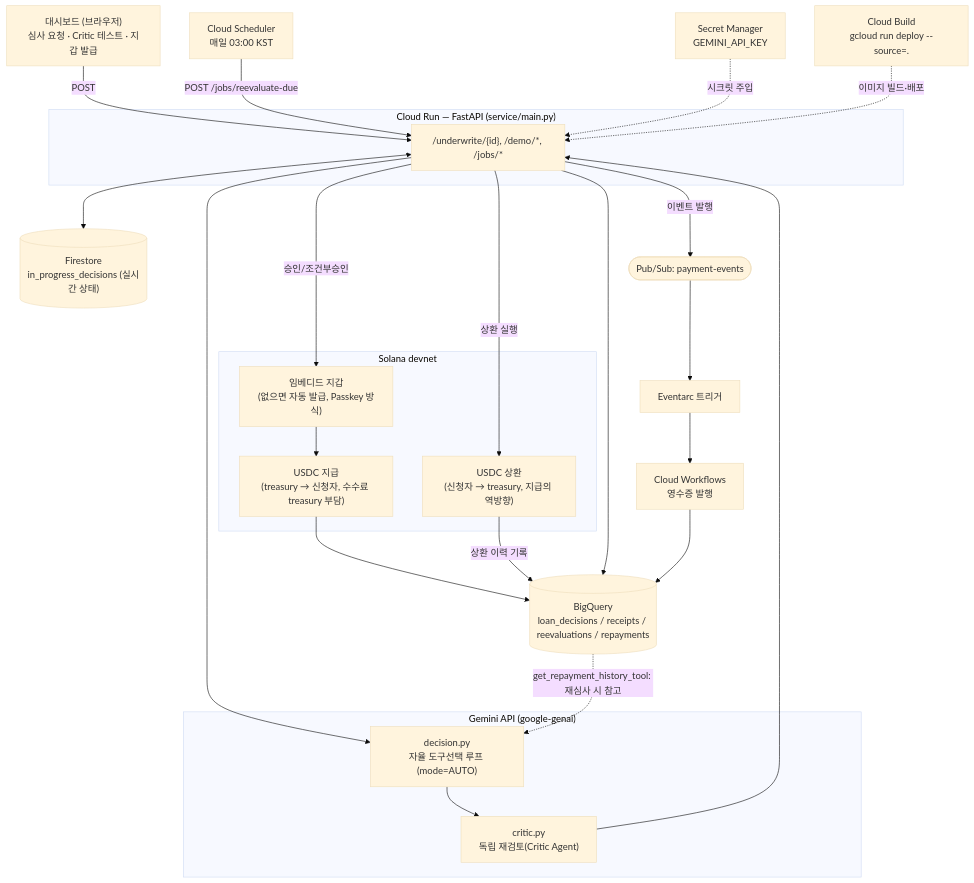
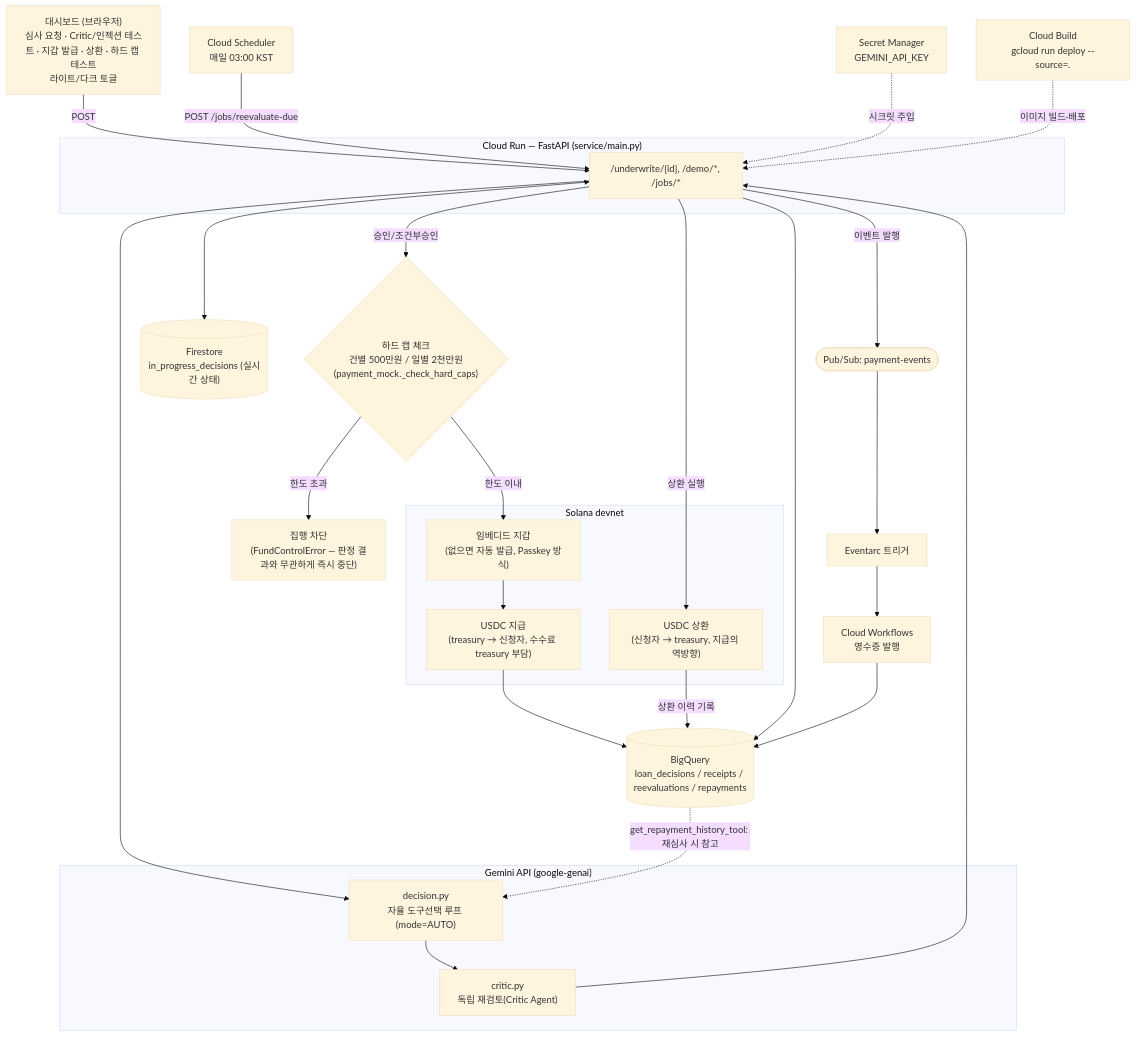
Before and after one commit to sujin-1015/creditflow-ai-agent: the diagram in README.md, drawn with Mermaid (base theme). The commit also changed other lines of this file and 1 other file, not shown here.

Commit message:
Redraw the architecture diagram to include the hard-cap safety check
The diagram (and its static PNG) hadn't been touched since the
repayment loop was added, so it was missing every fund-control/demo
feature added since: the hard-cap check that sits between a decision
and Solana execution (payment_mock._check_hard_caps, with its own
blocked-execution path independent of the decision outcome), and the
dashboard's expanded feature set (Critic/injection tests, repayment,
hard-cap test, light/dark toggle).

````diff
--- a/README.md
+++ b/README.md
@@ -43,44 +43,49 @@
 ```mermaid
 flowchart TB
-    Browser["대시보드 (브라우저)<br/>심사 요청 · Critic 테스트 · 지갑 발급"]
+    Browser["대시보드 (브라우저)<br/>심사 요청 · Critic/인젝션 테스트 · 지갑 발급 · 상환 · 하드 캡 테스트<br/>라이트/다크 토글"]
 
     subgraph Run["Cloud Run — FastAPI (service/main.py)"]
         API["/underwrite/{id}, /demo/*, /jobs/*"]
     end
 
     subgraph AI["Gemini API (google-genai)"]
         Decision["decision.py<br/>자율 도구선택 루프 (mode=AUTO)"]
         Critic["critic.py<br/>독립 재검토(Critic Agent)"]
     end
+
+    HardCap{"하드 캡 체크<br/>건별 500만원 / 일별 2천만원<br/>(payment_mock._check_hard_caps)"}
+    Blocked["집행 차단<br/>(FundControlError — 판정 결과와 무관하게 즉시 중단)"]
 
     subgraph Chain["Solana devnet"]
         Wallet["임베디드 지갑<br/>(없으면 자동 발급, Passkey 방식)"]
         Transfer["USDC 지급<br/>(treasury → 신청자, 수수료 treasury 부담)"]
         Repay["USDC 상환<br/>(신청자 → treasury, 지급의 역방향)"]
     end
 
     BQ[("BigQuery<br/>loan_decisions / receipts / reevaluations / repayments")]
     FS[("Firestore<br/>in_progress_decisions (실시간 상태)")]
     PS(["Pub/Sub: payment-events"])
     EA["Eventarc 트리거"]
     WF["Cloud Workflows<br/>영수증 발행"]
     SCH["Cloud Scheduler<br/>매일 03:00 KST"]
     SM["Secret Manager<br/>GEMINI_API_KEY"]
     CB["Cloud Build<br/>gcloud run deploy --source=."]
 
     Browser -->|POST| API
     API <--> FS
     API --> Decision --> Critic
     Critic --> API
-    API -->|승인/조건부승인| Wallet --> Transfer
+    API -->|승인/조건부승인| HardCap
+    HardCap -->|한도 이내| Wallet --> Transfer
+    HardCap -->|한도 초과| Blocked
     API -->|상환 실행| Repay
     Transfer --> BQ
     Repay -->|상환 이력 기록| BQ
     BQ -.->|get_repayment_history_tool: 재심사 시 참고| Decision
     API --> BQ
     API -->|이벤트 발행| PS --> EA --> WF --> BQ
     SCH -->|POST /jobs/reevaluate-due| API
 
     SM -.->|시크릿 주입| API
     CB -.->|이미지 빌드·배포| API
 ```
````
